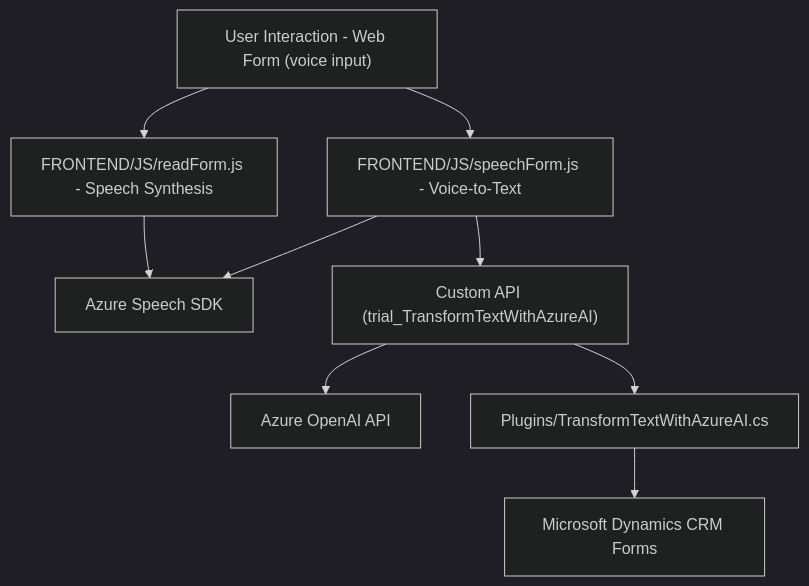
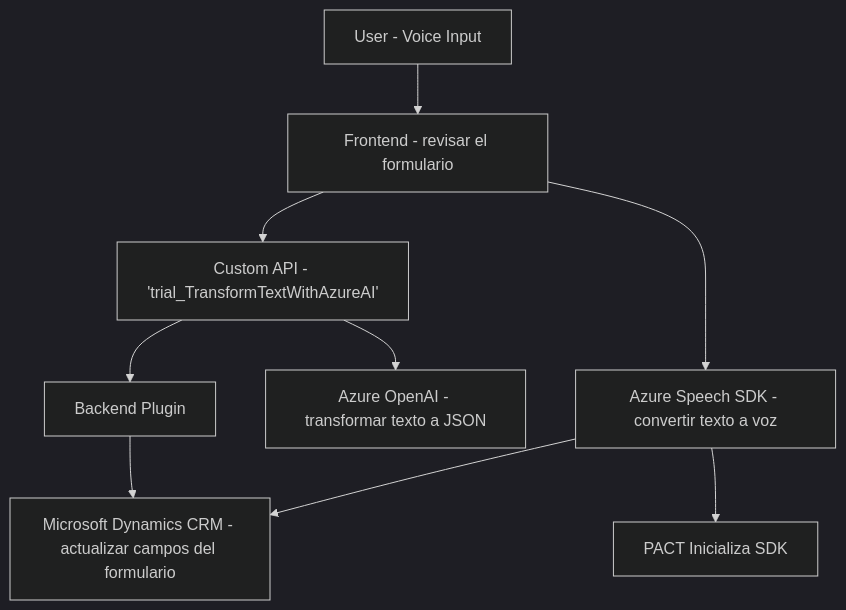
The diagram in README.md (blopezdm/NETCORE_BILBAO2025), drawn with Mermaid (dark theme) before and after one commit. The commit also changed other lines of this file, not shown here.

Commit message:
Actualizar análisis global de la solución con IA

````diff
--- a/README.md
+++ b/README.md
@@ -75,20 +41,11 @@
 ```mermaid
 graph TD
-    A["User Interaction - Web Form (voice input)"]
-    B["FRONTEND/JS/readForm.js - Speech Synthesis"]
-    C["Azure Speech SDK"]
-    D["FRONTEND/JS/speechForm.js - Voice-to-Text"]
-    E["Azure OpenAI API"]
-    F["Custom API (trial_TransformTextWithAzureAI)"]
-    G["Plugins/TransformTextWithAzureAI.cs"]
-    H["Microsoft Dynamics CRM Forms"]
-
-    A --> B
-    A --> D
-    B --> C
-    D --> C
-    D --> F
-    F --> E
-    F --> G
-    G --> H
+    A["User - Voice Input"] --> B["Frontend - revisar el formulario"]
+    B --> C["Azure Speech SDK - convertir texto a voz"]
+    B --> D["Custom API - 'trial_TransformTextWithAzureAI'"]
+    D --> E["Azure OpenAI - transformar texto a JSON"]
+    D --> F["Backend Plugin"]
+    F --> G["Microsoft Dynamics CRM - actualizar campos del formulario"]
+    C --> G
+    C --> H["PACT Inicializa SDK"]
 ```
````
